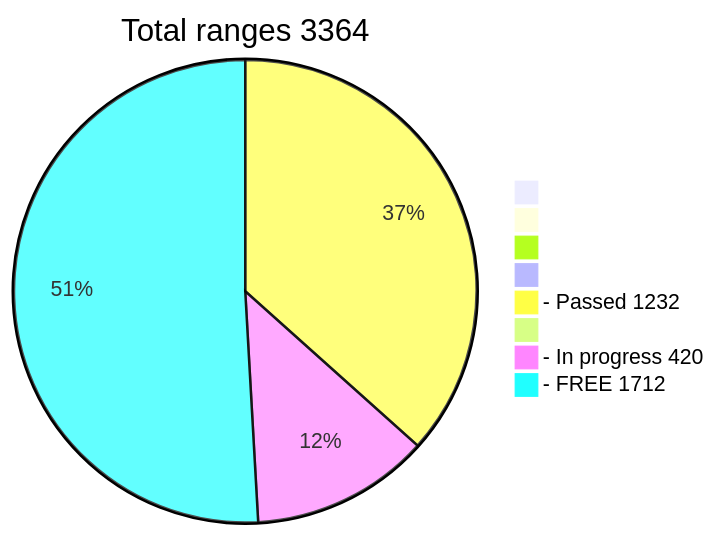
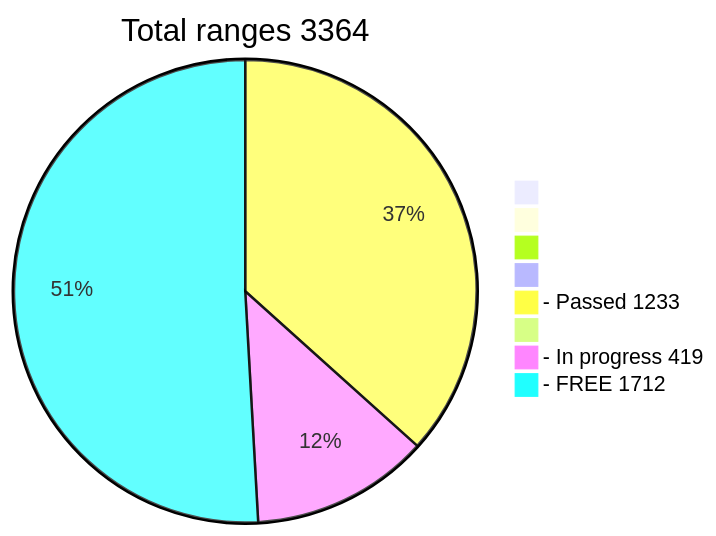
The diagram in README.md (phrutis/wif500), drawn with Mermaid before and after one commit.

````diff
--- a/README.md
+++ b/README.md
@@ -16,12 +16,12 @@
 ```mermaid
 pie title Total ranges 3364
              " " : 0
             "  " : 0
            "   " : 0
           "    " : 0
-  "- Passed 1232" : 1232
+  "- Passed 1233" : 1233
          "     " : 0
-  "- In progress 420" : 420
+  "- In progress 419" : 419
    "- FREE 1712" : 1712
    
 ```
````
